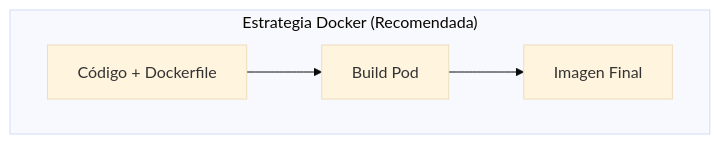
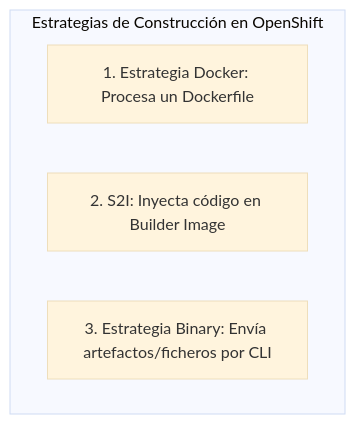
The third of 6 diagrams in docs/sesion4/4.5 Construir en la plataforma.md (ieftraining/curso-openshift), drawn with Mermaid (base theme) before and after one commit. The commit also changed other lines of this file, not shown here.

````diff
--- a/docs/sesion4/4.5 Construir en la plataforma.md
+++ b/docs/sesion4/4.5 Construir en la plataforma.md
@@ -65,7 +83,8 @@
 ```mermaid
 flowchart TD
-    subgraph Docker ["Estrategia Docker (Recomendada)"]
-        A2[Código + Dockerfile] --> B2[Build Pod]
-        B2 --> C2[Imagen Final]
+    subgraph Estrategias ["Estrategias de Construcción en OpenShift"]
+        D1[1. Estrategia Docker: Procesa un Dockerfile]
+        S1[2. S2I: Inyecta código en Builder Image]
+        B1[3. Estrategia Binary: Envía artefactos/ficheros por CLI]
     end
 ```
````
